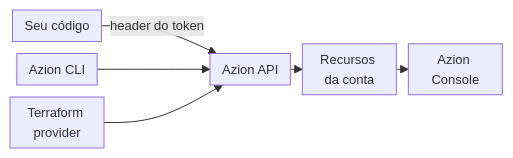
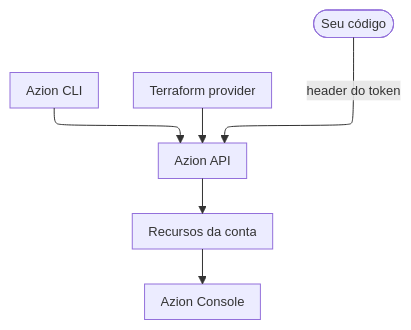
One commit to aziontech/docs changed the diagram in apps/docs/src/content/docs/pt-br/pages/menu-principal/recursos-adicionais/developer-tools/primeiros-passos-api.mdx. Above: the diagram before and after it, drawn with Mermaid. The commit also changed 179 other files, not shown here.

Commit message:
docs(diagrams): redraw every other diagram in the use-case diagram style (#2513)

````diff
--- a/apps/docs/src/content/docs/pt-br/pages/menu-principal/recursos-adicionais/developer-tools/primeiros-passos-api.mdx
+++ b/apps/docs/src/content/docs/pt-br/pages/menu-principal/recursos-adicionais/developer-tools/primeiros-passos-api.mdx
@@ -67,9 +67,9 @@
 ```mermaid
-%%{init: {"layout": "dagre", "themeVariables": {"fontSize": "13px"}, "flowchart": {"nodeSpacing": 12, "rankSpacing": 12, "padding": 6, "wrappingWidth": 70, "minNodeWidth": 40, "useMaxWidth": true}}}%%
-flowchart LR
-  Code["Seu código"] -->|"header do token"| Api["Azion API"]
+%%{init: {"layout": "elk", "themeVariables": {"fontSize": "13px"}, "flowchart": {"nodeSpacing": 24, "rankSpacing": 36, "padding": 8, "wrappingWidth": 150, "useMaxWidth": true}, "sequence": {"width": 120, "actorMargin": 30, "useMaxWidth": true}}}%%
+flowchart TD
+  Code(["Seu código"]) -->|"header do token"| Api["Azion API"]
   Cli["Azion CLI"] --> Api
   Tf["Terraform provider"] --> Api
   Api --> Res["Recursos da conta"]
   Res --> Con["Azion Console"]
 ```
````
